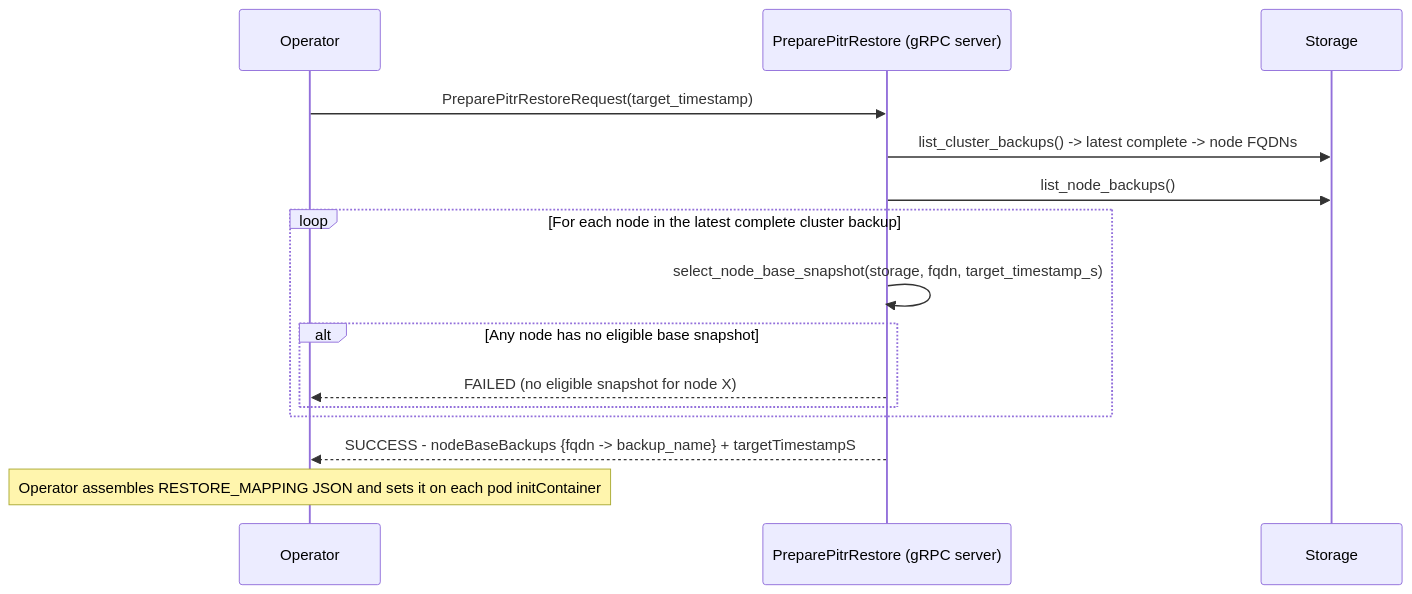
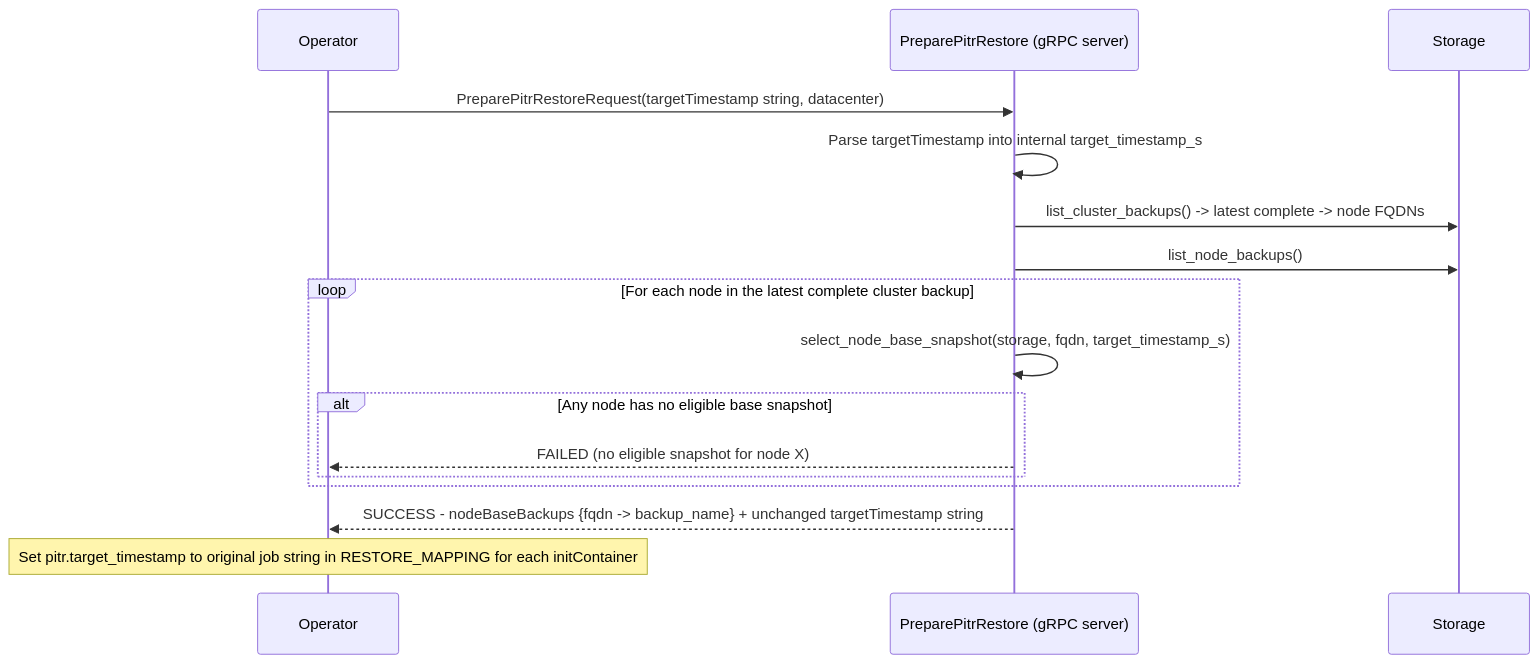
The second of 2 diagrams in docs/superpowers/specs/pitr-design-doc.md (thelastpickle/cassandra-medusa), drawn with Mermaid before and after one commit. The commit also changed other lines of this file, not shown here.

Commit message:
update PITR design doc to reflect the string timestamp contract

````diff
--- a/docs/superpowers/specs/pitr-design-doc.md
+++ b/docs/superpowers/specs/pitr-design-doc.md
@@ -330,18 +332,19 @@
 ```mermaid
 sequenceDiagram
     participant Operator
     participant RPC as PreparePitrRestore (gRPC server)
     participant Storage
     
-    Operator->>RPC: PreparePitrRestoreRequest(target_timestamp)
+    Operator->>RPC: PreparePitrRestoreRequest(targetTimestamp string, datacenter)
+    RPC->>RPC: Parse targetTimestamp into internal target_timestamp_s
     RPC->>Storage: list_cluster_backups() -> latest complete -> node FQDNs
     RPC->>Storage: list_node_backups()
     loop For each node in the latest complete cluster backup
         RPC->>RPC: select_node_base_snapshot(storage, fqdn, target_timestamp_s)
         alt Any node has no eligible base snapshot
             RPC-->>Operator: FAILED (no eligible snapshot for node X)
         end
     end
-    RPC-->>Operator: SUCCESS - nodeBaseBackups {fqdn -> backup_name} + targetTimestampS
-    Note over Operator: Operator assembles RESTORE_MAPPING JSON and sets it on each pod initContainer
+    RPC-->>Operator: SUCCESS - nodeBaseBackups {fqdn -> backup_name} + unchanged targetTimestamp string
+    Note over Operator: Set pitr.target_timestamp to original job string in RESTORE_MAPPING for each initContainer
 ```
````
